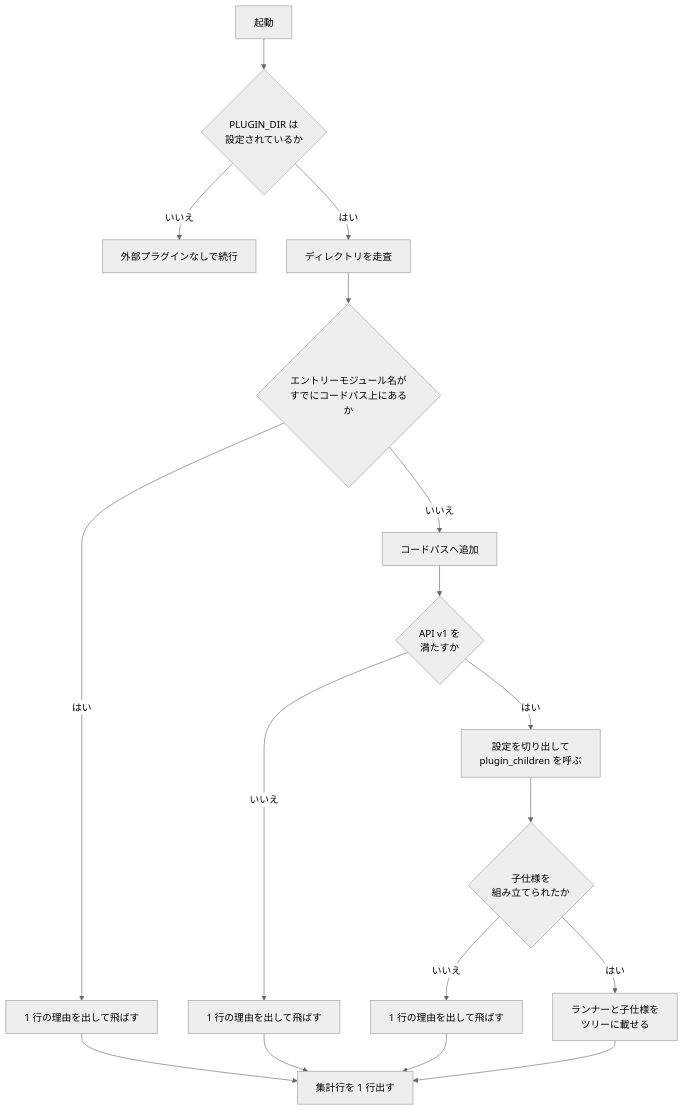
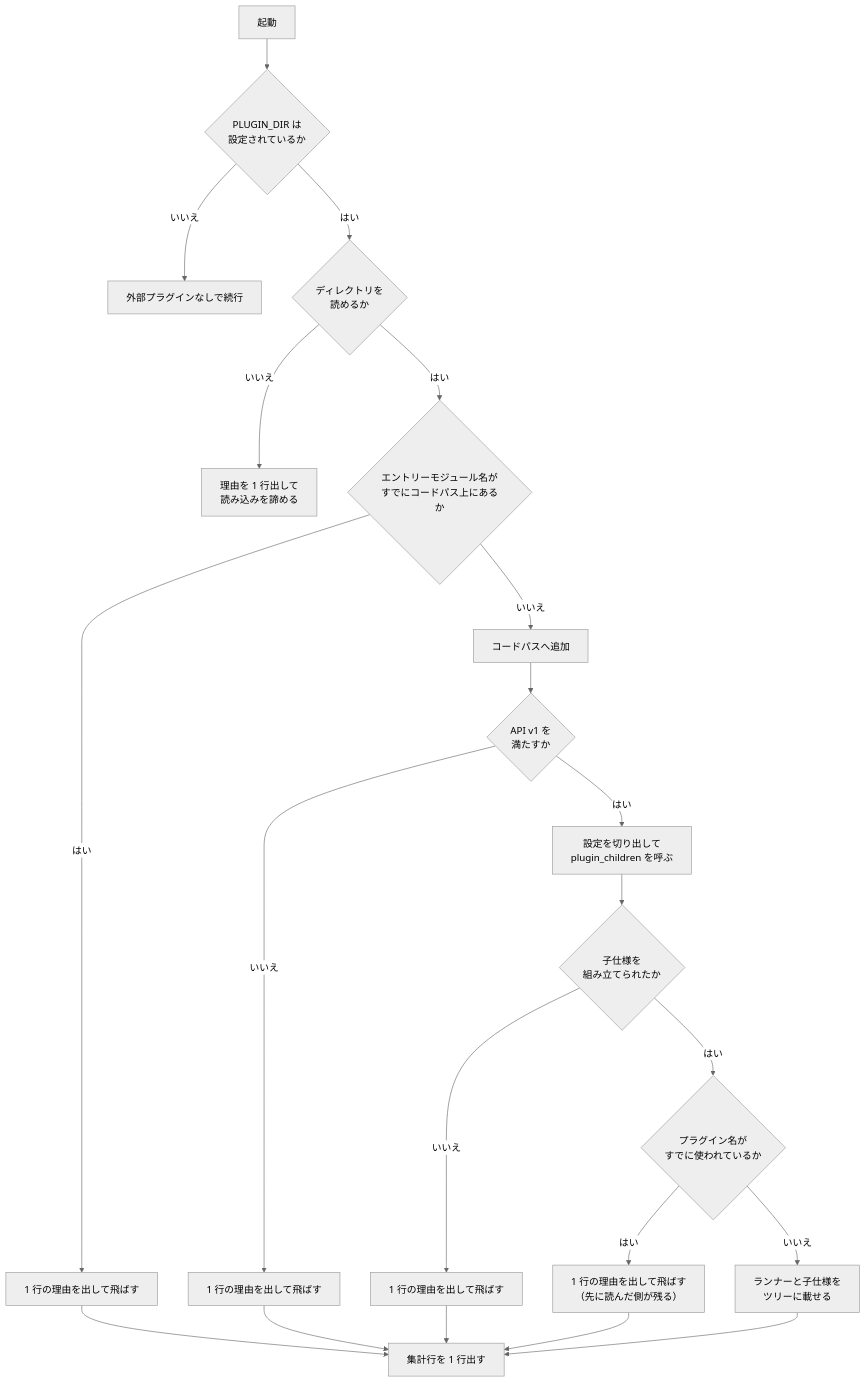
One commit to neverclear86/nostr-no-su changed the fourth of 4 diagrams in docs/architecture.md. Above: the diagram before and after it, drawn with Mermaid (neutral theme). The commit also changed other lines of this file and 1 other file, not shown here.

````diff
--- a/docs/architecture.md
+++ b/docs/architecture.md
@@ -181,19 +199,23 @@
 ```mermaid
 flowchart TD
     start["起動"] --> scan{"PLUGIN_DIR は<br/>設定されているか"}
     scan -->|"いいえ"| skip["外部プラグインなしで続行"]
-    scan -->|"はい"| list["ディレクトリを走査"]
-    list --> shadow{"エントリーモジュール名が<br/>すでにコードパス上にあるか"}
+    scan -->|"はい"| list{"ディレクトリを<br/>読めるか"}
+    list -->|"いいえ"| abort["理由を 1 行出して<br/>読み込みを諦める"]
+    list -->|"はい"| shadow{"エントリーモジュール名が<br/>すでにコードパス上にあるか"}
     shadow -->|"はい"| reject1["1 行の理由を出して飛ばす"]
     shadow -->|"いいえ"| addpath["コードパスへ追加"]
     addpath --> validate{"API v1 を<br/>満たすか"}
     validate -->|"いいえ"| reject2["1 行の理由を出して飛ばす"]
     validate -->|"はい"| config["設定を切り出して<br/>plugin_children を呼ぶ"]
     config --> accepted{"子仕様を<br/>組み立てられたか"}
     accepted -->|"いいえ"| reject3["1 行の理由を出して飛ばす"]
-    accepted -->|"はい"| tree["ランナーと子仕様を<br/>ツリーに載せる"]
+    accepted -->|"はい"| dup{"プラグイン名が<br/>すでに使われているか"}
+    dup -->|"はい"| reject4["1 行の理由を出して飛ばす<br/>（先に読んだ側が残る）"]
+    dup -->|"いいえ"| tree["ランナーと子仕様を<br/>ツリーに載せる"]
     reject1 --> summary["集計行を 1 行出す"]
     reject2 --> summary
     reject3 --> summary
+    reject4 --> summary
     tree --> summary
 ```
````
